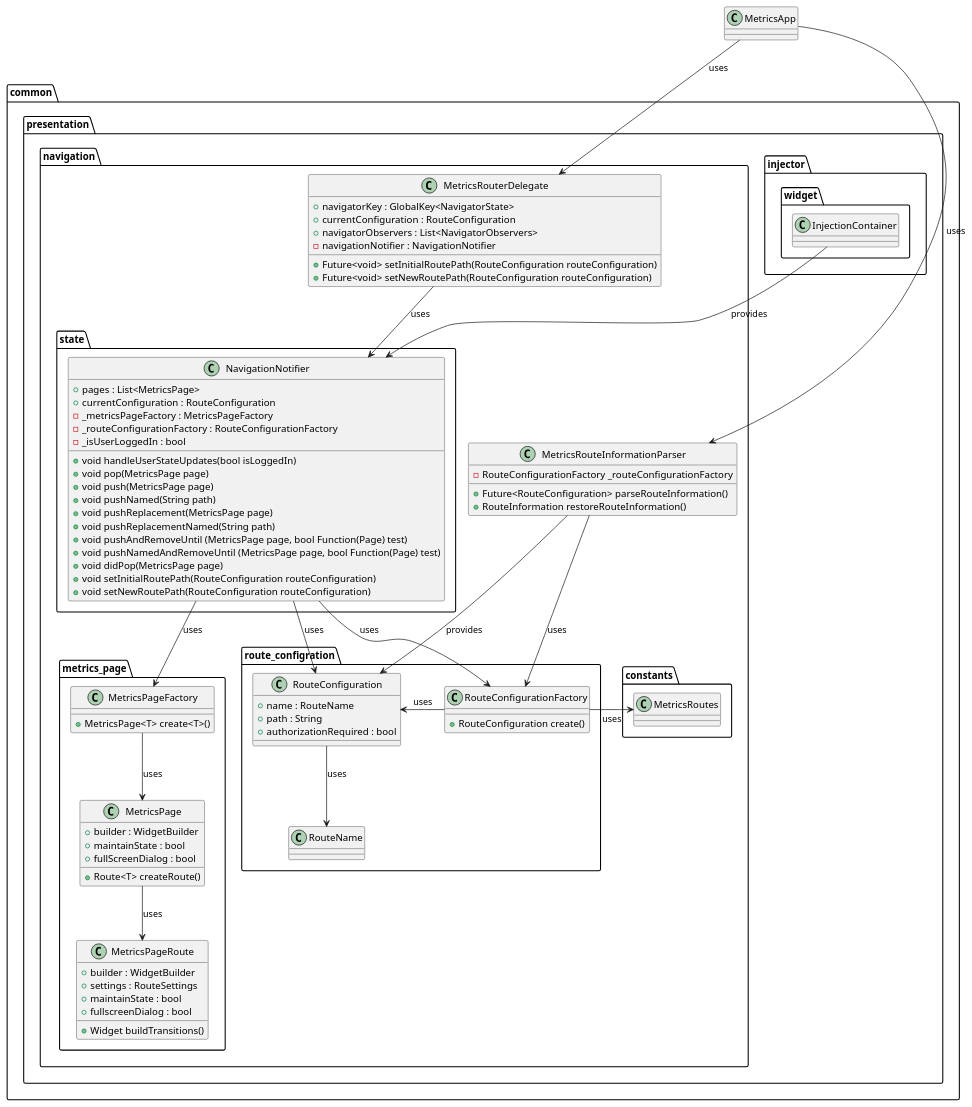
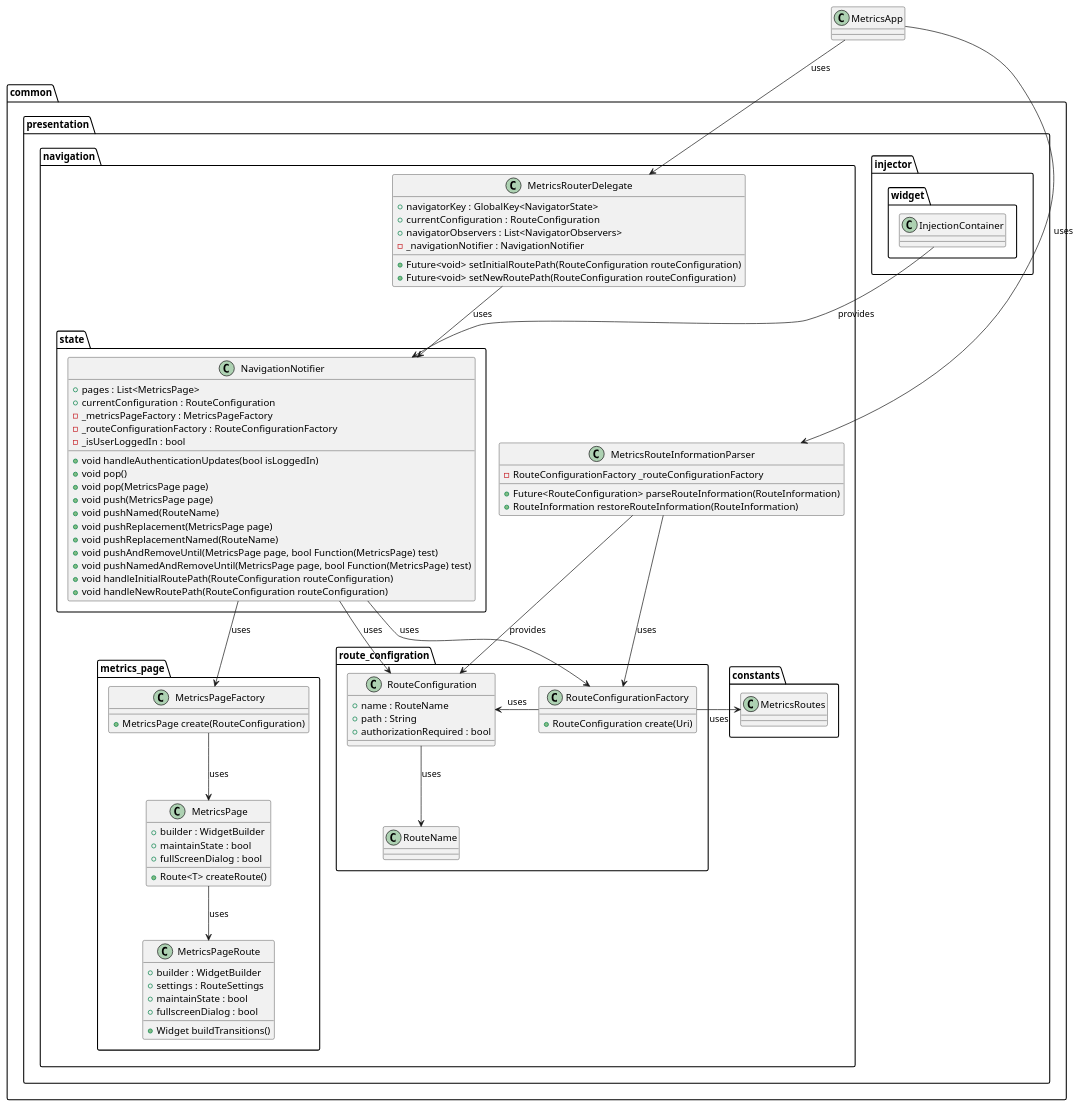
The diagram in metrics/web/docs/features/navigation/diagrams/navigation_class_diagram.puml (Flank/flank-dashboard), drawn with PlantUML before and after one commit. The commit also changed 3 other files, not shown here.

```diff
--- a/metrics/web/docs/features/navigation/diagrams/navigation_class_diagram.puml
+++ b/metrics/web/docs/features/navigation/diagrams/navigation_class_diagram.puml
@@ -1,114 +1,114 @@
 @startuml navigation_class_diagram
 
 class MetricsApp {}
 
 package common.presentation {
 
     package injector.widget {
         class InjectionContainer {}
     }
 
     package navigation {
 
         package route_configration {
             class RouteName {
             }
 
             class RouteConfiguration {
                 + name : RouteName
                 + path : String
                 + authorizationRequired : bool
             }
 
             class RouteConfigurationFactory {
-                + RouteConfiguration create()
+                + RouteConfiguration create(Uri)
             }
         }
         class MetricsRouteInformationParser {
             - RouteConfigurationFactory _routeConfigurationFactory
-            + Future<RouteConfiguration> parseRouteInformation()
-            + RouteInformation restoreRouteInformation()
+            + Future<RouteConfiguration> parseRouteInformation(RouteInformation)
+            + RouteInformation restoreRouteInformation(RouteInformation)
         }
         class MetricsRouterDelegate {
             + navigatorKey : GlobalKey<NavigatorState>
             + currentConfiguration : RouteConfiguration
             + navigatorObservers : List<NavigatorObservers>
-            - navigationNotifier : NavigationNotifier
+            - _navigationNotifier : NavigationNotifier
             + Future<void> setInitialRoutePath(RouteConfiguration routeConfiguration)
             + Future<void> setNewRoutePath(RouteConfiguration routeConfiguration)
         }
 
         package constants {
             class MetricsRoutes {}
         }
 
         package state {
             class NavigationNotifier {
                 + pages : List<MetricsPage>
                 + currentConfiguration : RouteConfiguration
                 - _metricsPageFactory : MetricsPageFactory
                 - _routeConfigurationFactory : RouteConfigurationFactory
                 - _isUserLoggedIn : bool
-                + void handleUserStateUpdates(bool isLoggedIn)
+                + void handleAuthenticationUpdates(bool isLoggedIn)
+                + void pop()
                 + void pop(MetricsPage page)
                 + void push(MetricsPage page)
-                + void pushNamed(String path)
+                + void pushNamed(RouteName)
                 + void pushReplacement(MetricsPage page)
-                + void pushReplacementNamed(String path)
-                + void pushAndRemoveUntil (MetricsPage page, bool Function(Page) test)
-                + void pushNamedAndRemoveUntil (MetricsPage page, bool Function(Page) test)
-                + void didPop(MetricsPage page)
-                + void setInitialRoutePath(RouteConfiguration routeConfiguration)
-                + void setNewRoutePath(RouteConfiguration routeConfiguration)
+                + void pushReplacementNamed(RouteName)
+                + void pushAndRemoveUntil(MetricsPage page, bool Function(MetricsPage) test)
+                + void pushNamedAndRemoveUntil(MetricsPage page, bool Function(MetricsPage) test)
+                + void handleInitialRoutePath(RouteConfiguration routeConfiguration)
+                + void handleNewRoutePath(RouteConfiguration routeConfiguration)
             }
         }
 
 
         package metrics_page {
             class MetricsPageFactory {
-                + MetricsPage<T> create<T>()
+                + MetricsPage create(RouteConfiguration)
             }
 
             class MetricsPage {
                 + builder : WidgetBuilder
                 + maintainState : bool
                 + fullScreenDialog : bool
                 + Route<T> createRoute()
             }
 
             class MetricsPageRoute {
                 + builder : WidgetBuilder
                 + settings : RouteSettings
                 + maintainState : bool
                 + fullscreenDialog : bool
                 + Widget buildTransitions()
             }
         }
 
     }
 }
 
 InjectionContainer --> NavigationNotifier : provides
 
 MetricsApp --> MetricsRouteInformationParser :uses
 MetricsApp --> MetricsRouterDelegate : uses
 
 MetricsRouteInformationParser --> RouteConfiguration : provides
 MetricsRouteInformationParser --> RouteConfigurationFactory : uses
 
 RouteConfiguration --> RouteName : uses
 
 RouteConfigurationFactory -> RouteConfiguration : uses
 RouteConfigurationFactory -> MetricsRoutes : uses
 
 MetricsRouterDelegate --> NavigationNotifier : uses
 
 NavigationNotifier --> RouteConfigurationFactory : uses
 NavigationNotifier --> RouteConfiguration : uses
 NavigationNotifier --> MetricsPageFactory : uses
 
 MetricsPageFactory --> MetricsPage : uses
 
 MetricsPage --> MetricsPageRoute : uses
 
 @enduml
```
